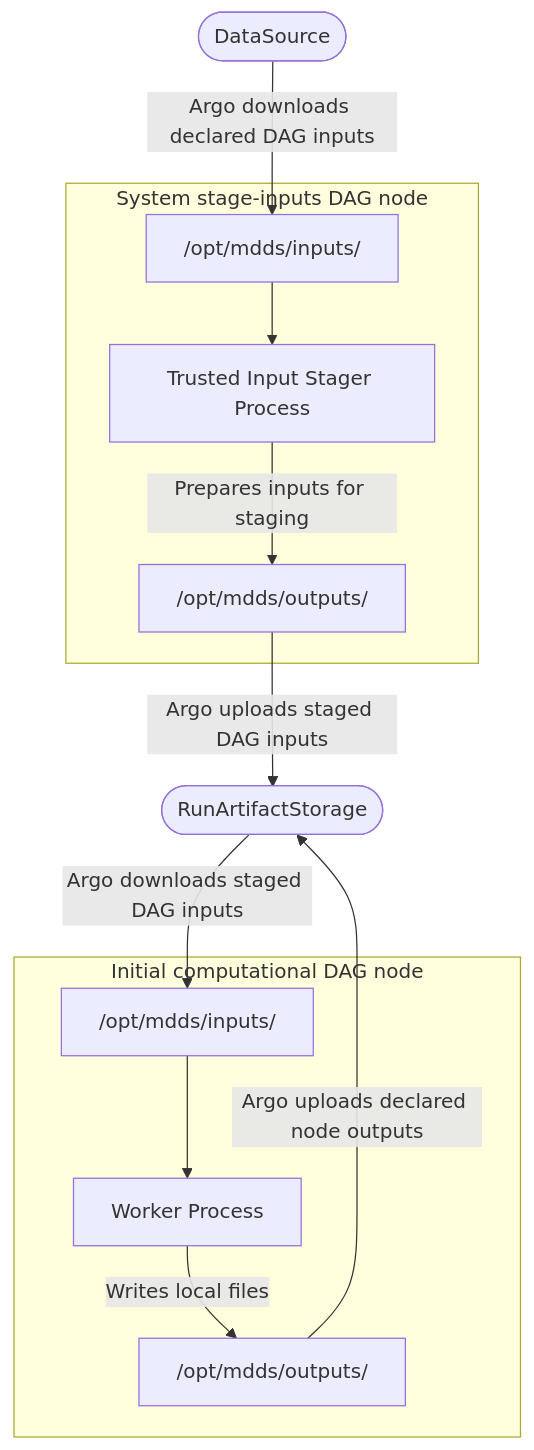
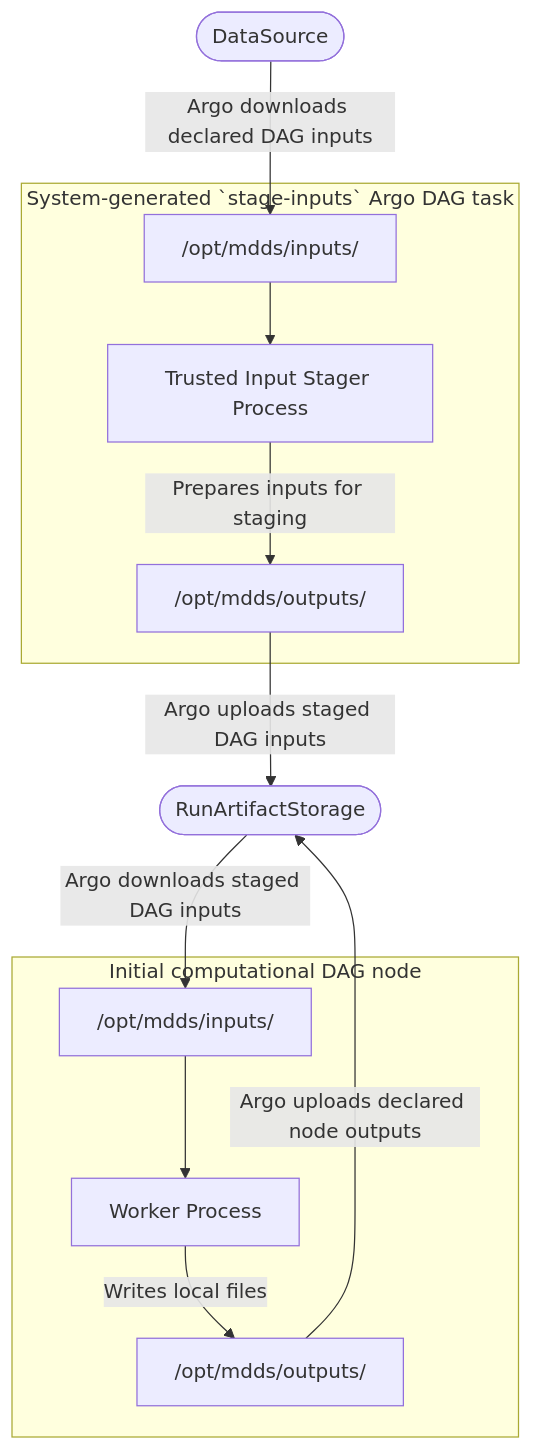
The second of 6 diagrams in mdds-docs/ARCHITECTURE.md (oleksiy-sayankin/mdds), drawn with Mermaid before and after one commit. The commit also changed other lines of this file, not shown here.

First line of the commit message:
MDDS-502 Document initial high-level MDDS architecture

````diff
--- a/mdds-docs/ARCHITECTURE.md
+++ b/mdds-docs/ARCHITECTURE.md
@@ -677,28 +791,28 @@
 ```mermaid
 flowchart TD
     DATA_SOURCE(["DataSource"])
     RUN_STORAGE(["RunArtifactStorage"])
 
-    subgraph STAGE_INPUTS["System stage-inputs DAG node"]
+    subgraph STAGE_INPUTS["System-generated `stage-inputs` Argo DAG task"]
         STAGER_INPUTS["/opt/mdds/inputs/"]
         STAGER["Trusted Input Stager Process"]
         STAGER_OUTPUTS["/opt/mdds/outputs/"]
 
         STAGER_INPUTS --> STAGER
         STAGER -->|"Prepares inputs for staging"| STAGER_OUTPUTS
     end
 
     subgraph INITIAL_NODE["Initial computational DAG node"]
         INPUTS["/opt/mdds/inputs/"]
         WORKER["Worker Process"]
         OUTPUTS["/opt/mdds/outputs/"]
 
         INPUTS --> WORKER
         WORKER -->|"Writes local files"| OUTPUTS
     end
 
     DATA_SOURCE -->|"Argo downloads declared DAG inputs"| STAGER_INPUTS
     STAGER_OUTPUTS -->|"Argo uploads staged DAG inputs"| RUN_STORAGE
     RUN_STORAGE -->|"Argo downloads staged DAG inputs"| INPUTS
     OUTPUTS -->|"Argo uploads declared node outputs"| RUN_STORAGE
 ```
````
